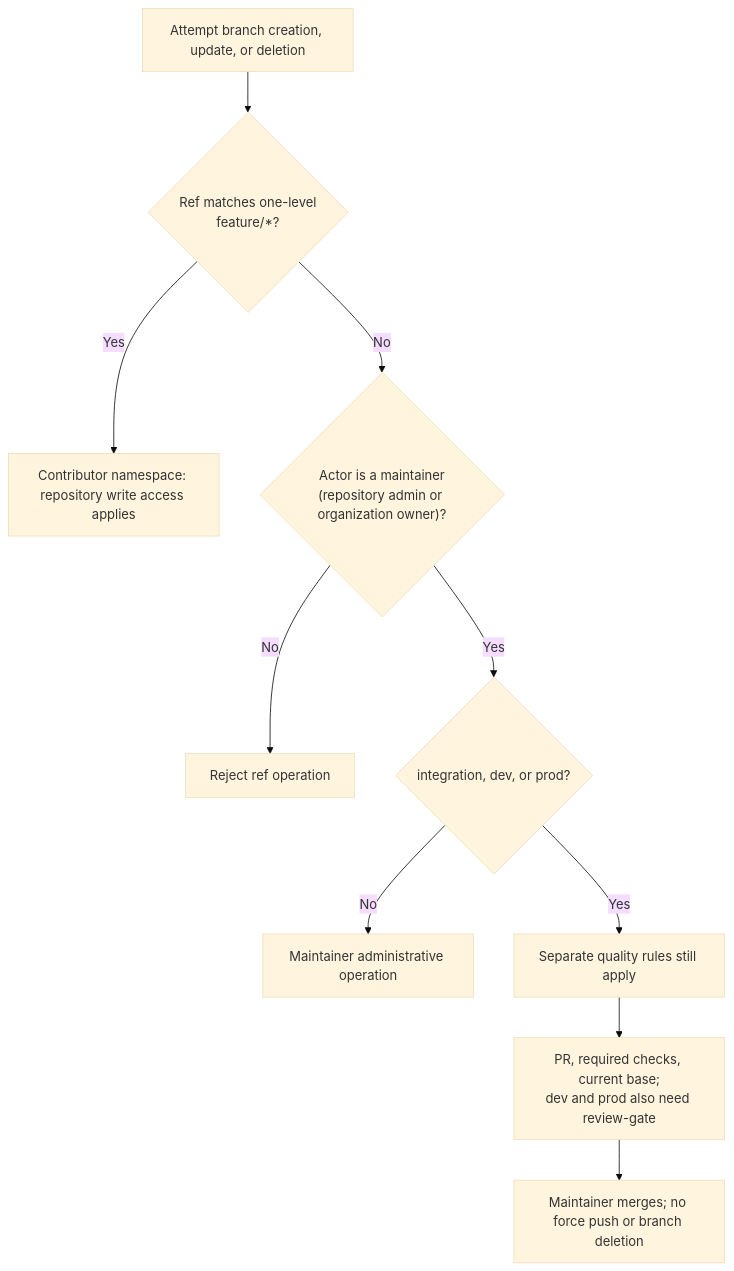
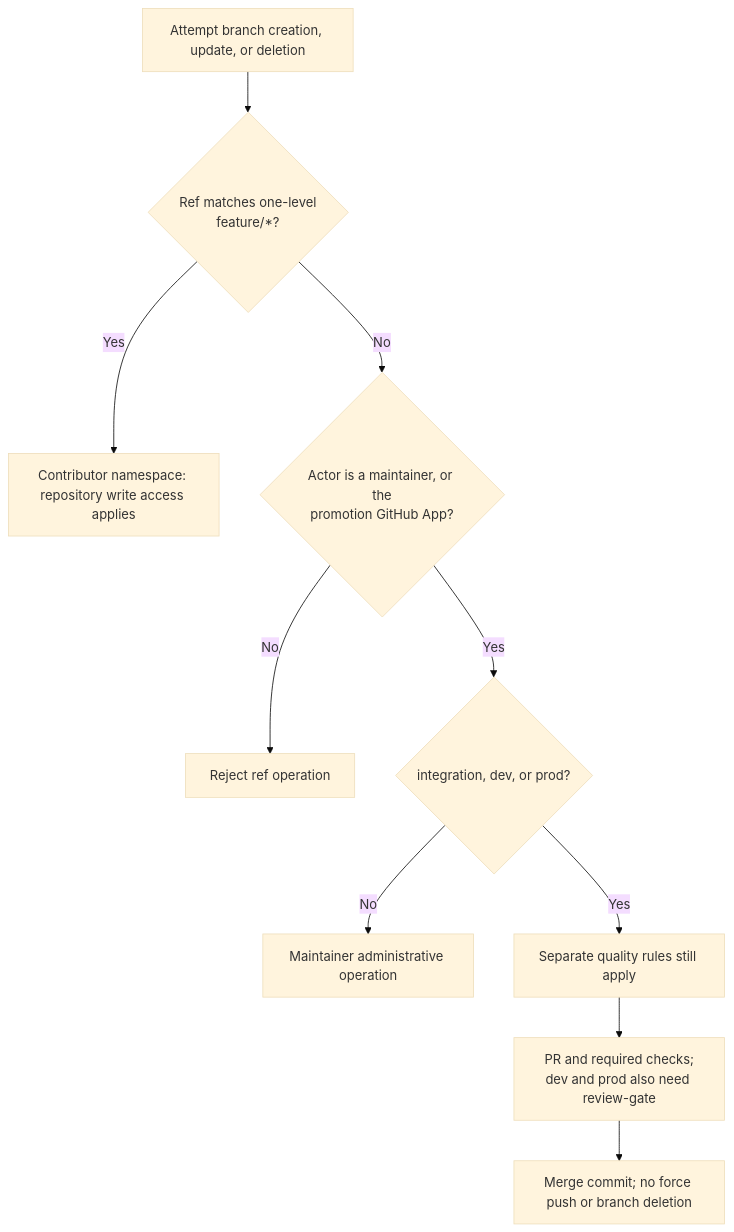
Before and after one commit to Yale-Undergraduate-Consulting-Group/club-res-website: the second of 18 diagrams in docs/CI_CD.md, drawn with Mermaid (base theme). The commit also changed other lines of this file and 8 other files, not shown here.

Commit message:
Promotion: merge stage PRs automatically once their gates pass, as the promotion GitHub App; prod keeps its deployment approval

````diff
--- a/docs/CI_CD.md
+++ b/docs/CI_CD.md
@@ -68,12 +68,12 @@
 ```mermaid
 flowchart TD
   A["Attempt branch creation, update, or deletion"] --> N{"Ref matches one-level<br/>feature/*?"}
   N -->|Yes| C["Contributor namespace: repository write access applies"]
-  N -->|No| O{"Actor is a maintainer<br/>(repository admin or organization owner)?"}
+  N -->|No| O{"Actor is a maintainer, or the<br/>promotion GitHub App?"}
   O -->|No| X["Reject ref operation"]
   O -->|Yes| S{"integration, dev, or prod?"}
   S -->|No| ADMIN["Maintainer administrative operation"]
   S -->|Yes| Q["Separate quality rules still apply"]
-  Q --> R["PR, required checks, current base;<br/>dev and prod also need review-gate"]
-  R --> M["Maintainer merges; no force push or branch deletion"]
+  Q --> R["PR and required checks;<br/>dev and prod also need review-gate"]
+  R --> M["Merge commit; no force push or branch deletion"]
 ```
````
